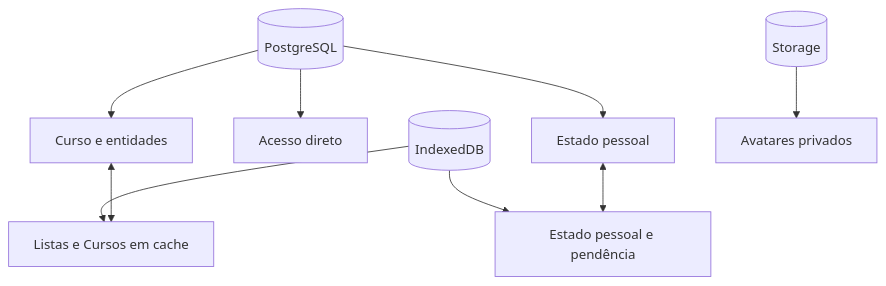
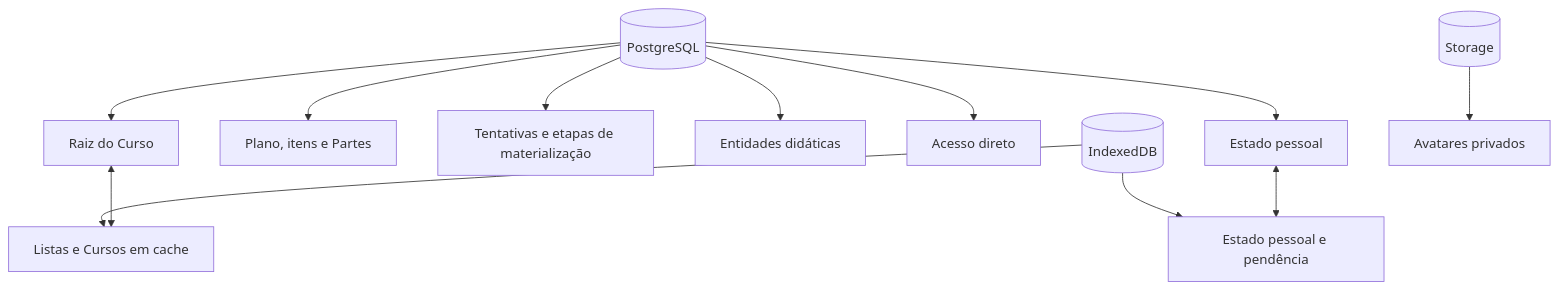
The diagram in docs/persistencia-relacional.md (fabio-ara/AraLearn), drawn with Mermaid before and after one commit. The commit also changed other lines of this file and 61 other files, not shown here.

````diff
--- a/docs/persistencia-relacional.md
+++ b/docs/persistencia-relacional.md
@@ -30,11 +30,14 @@
 ```mermaid
 flowchart TD
-    PG[(PostgreSQL)] --> C[Curso e entidades]
+    PG[(PostgreSQL)] --> C[Raiz do Curso]
+    PG --> PL[Plano, itens e Partes]
+    PG --> MT[Tentativas e etapas de materialização]
+    PG --> E[Entidades didáticas]
     PG --> A[Acesso direto]
     PG --> P[Estado pessoal]
     IDB[(IndexedDB)] --> L[Listas e Cursos em cache]
     IDB --> Q[Estado pessoal e pendência]
     ST[(Storage)] --> AV[Avatares privados]
     C <--> L
     P <--> Q
 ```
````
